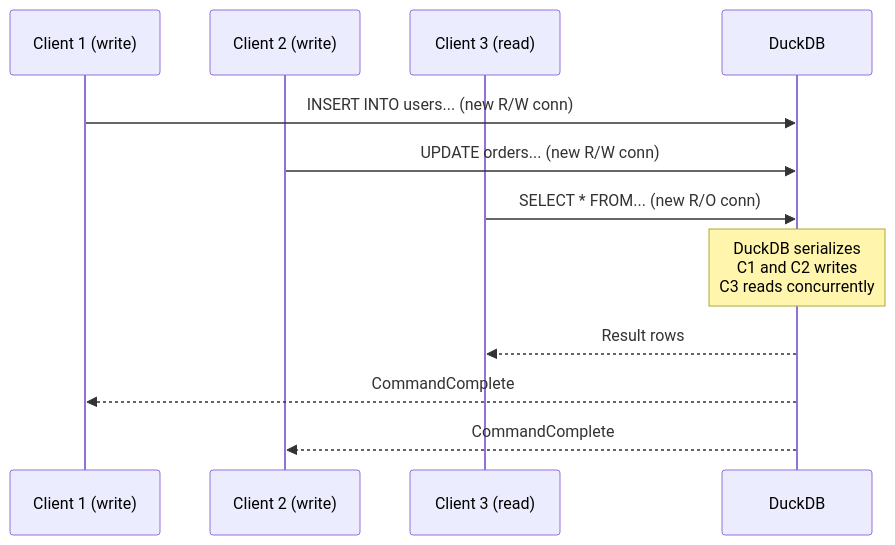
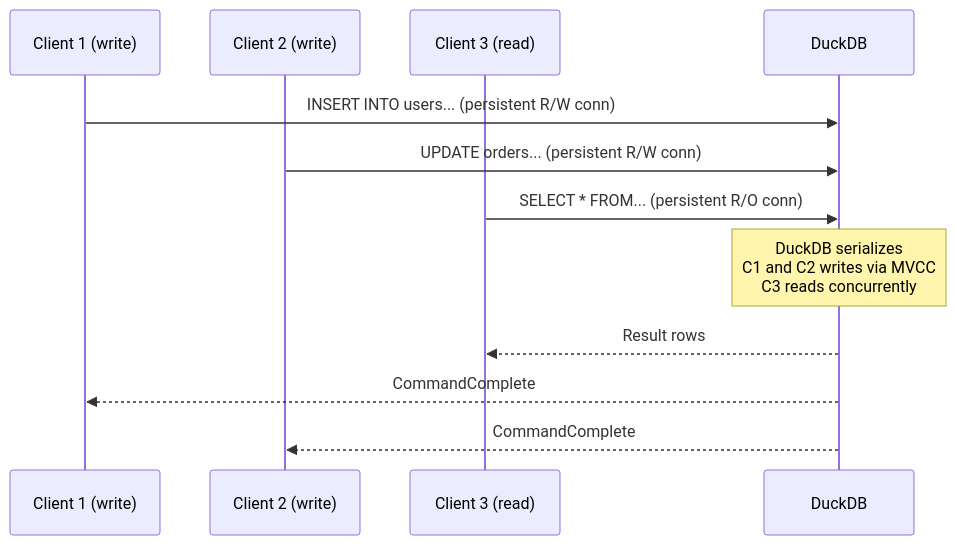
One commit to vibesrc/mallardb changed the first of 2 diagrams in docs/rfc/03-architecture.md. Above: the diagram before and after it, drawn with Mermaid. The commit also changed other lines of this file and 7 other files, not shown here.

````diff
--- a/docs/rfc/03-architecture.md
+++ b/docs/rfc/03-architecture.md
@@ -135,15 +138,15 @@
 ```mermaid
 sequenceDiagram
     participant C1 as Client 1 (write)
     participant C2 as Client 2 (write)
     participant C3 as Client 3 (read)
     participant D as DuckDB
 
-    C1->>D: INSERT INTO users... (new R/W conn)
-    C2->>D: UPDATE orders... (new R/W conn)
-    C3->>D: SELECT * FROM... (new R/O conn)
-    Note over D: DuckDB serializes<br/>C1 and C2 writes<br/>C3 reads concurrently
+    C1->>D: INSERT INTO users... (persistent R/W conn)
+    C2->>D: UPDATE orders... (persistent R/W conn)
+    C3->>D: SELECT * FROM... (persistent R/O conn)
+    Note over D: DuckDB serializes<br/>C1 and C2 writes via MVCC<br/>C3 reads concurrently
     D-->>C3: Result rows
     D-->>C1: CommandComplete
     D-->>C2: CommandComplete
 ```
````
